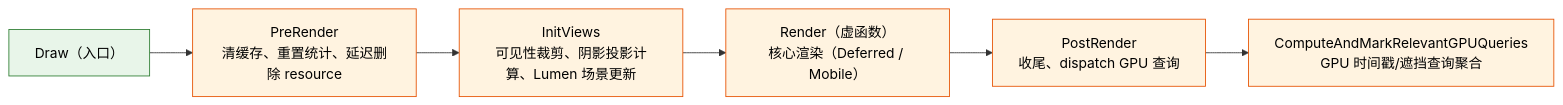
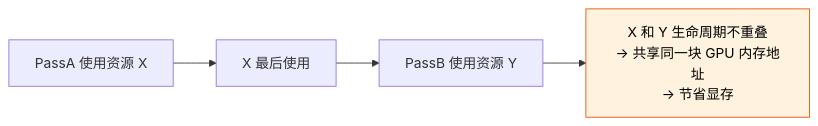
Before and after one commit to MotionlessPeri/agent_coding_guidelines: the second of 7 diagrams in references/ue-rendering/card-01-pipeline-overview.md, drawn with Mermaid. The commit also changed other lines of this file and 8 other files, not shown here.

````diff
--- a/references/ue-rendering/card-01-pipeline-overview.md
+++ b/references/ue-rendering/card-01-pipeline-overview.md
@@ -58,13 +225,8 @@
 ```mermaid
 flowchart LR
-    Draw["Draw（入口）"] --> PreRender["PreRender<br/>清缓存、重置统计、延迟删除 resource"]
-    PreRender --> InitViews["InitViews<br/>可见性裁剪、阴影投影计算、Lumen 场景更新"]
-    InitViews --> Render["Render（虚函数）<br/>核心渲染（Deferred / Mobile）"]
-    Render --> PostRender["PostRender<br/>收尾、dispatch GPU 查询"]
-    PostRender --> Queries["ComputeAndMarkRelevantGPUQueries<br/>GPU 时间戳/遮挡查询聚合"]
-
-    classDef entry fill:#e8f5e9,stroke:#2e7d32,color:#000
-    classDef phase fill:#fff3e0,stroke:#e65100,color:#000
-    class Draw entry
-    class PreRender,InitViews,Render,PostRender,Queries phase
+    A["PassA 使用资源 X"] --> B["X 最后使用"]
+    B --> C["PassB 使用资源 Y"]
+    C --> D["X 和 Y 生命周期不重叠\n→ 共享同一块 GPU 内存地址\n→ 节省显存"]
+    classDef result fill:#fff3e0,stroke:#e65100,color:#000
+    class D result
 ```
````
